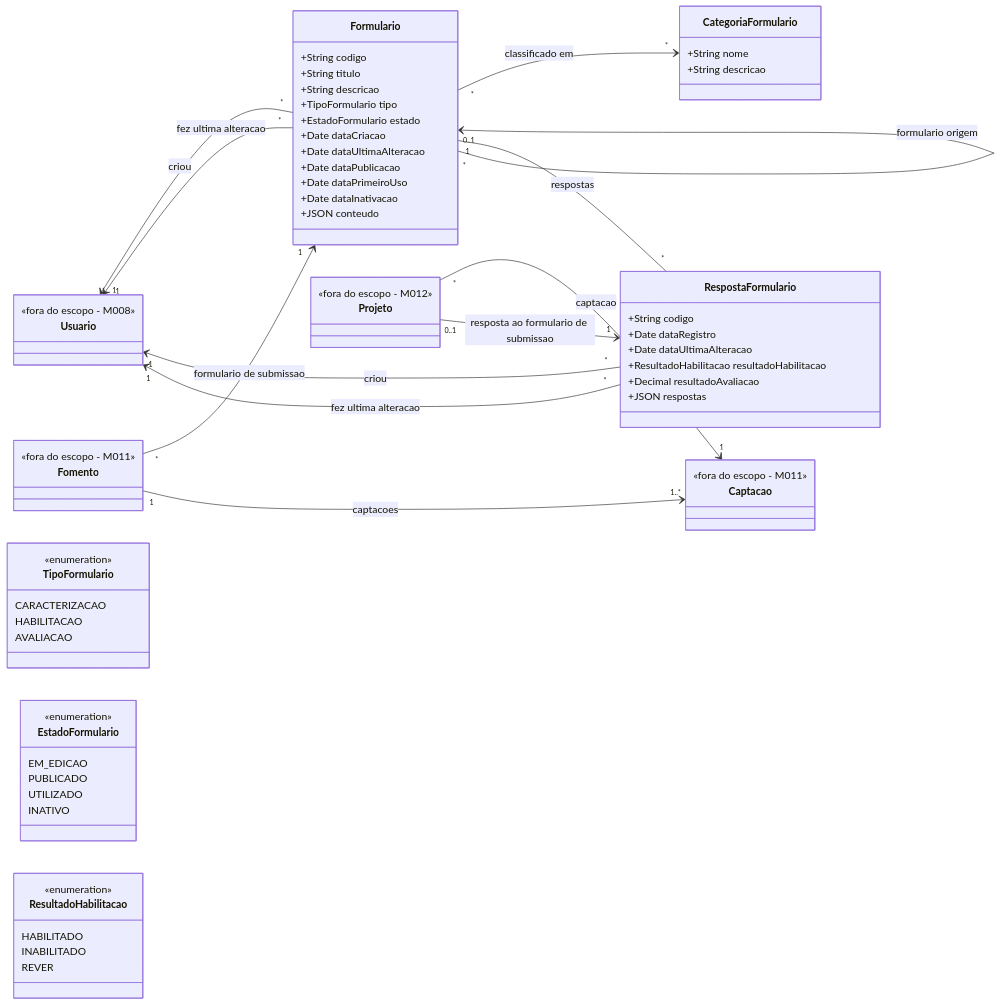
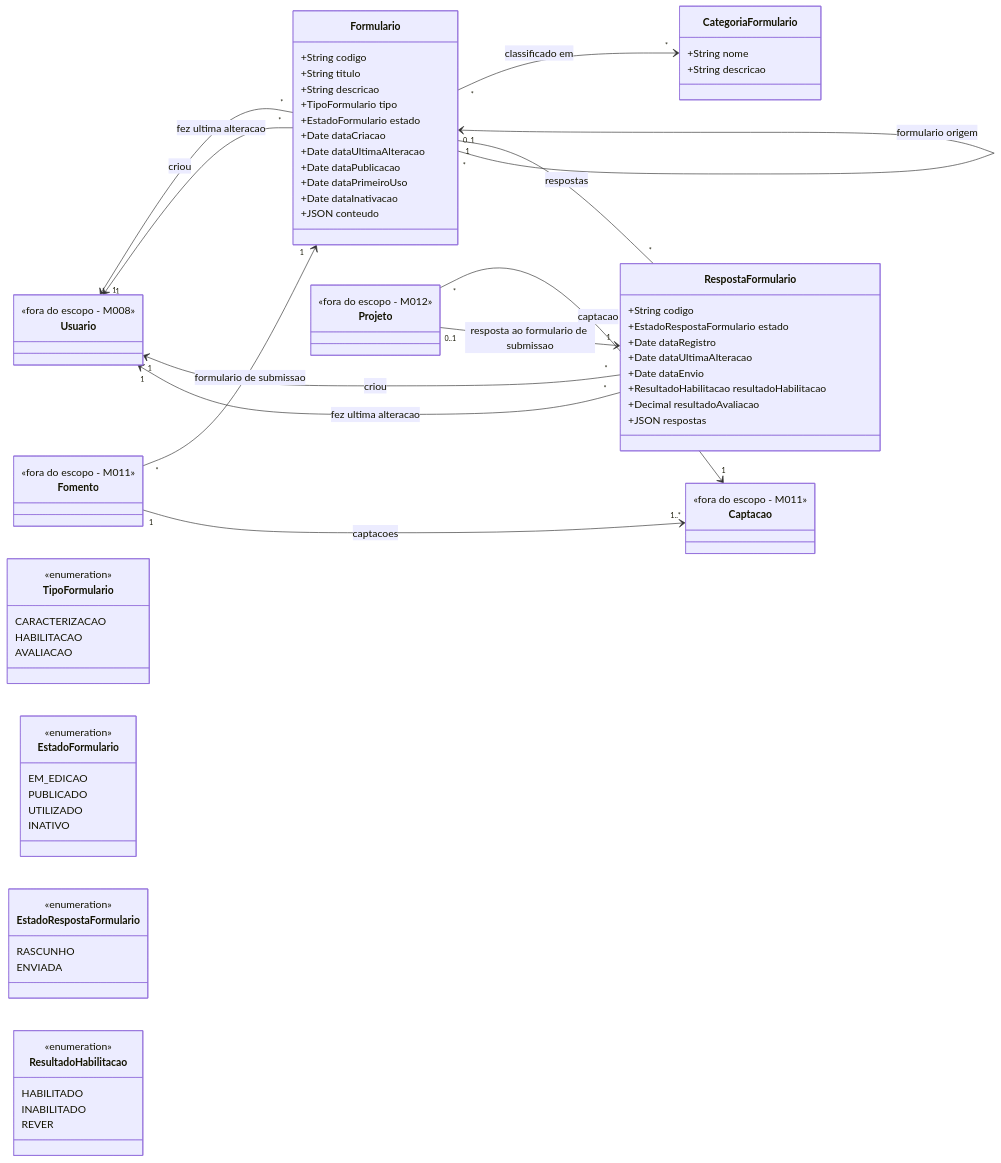
One commit to Czzped/conecta-fapes-teste changed the second of 2 diagrams in docs/implementation/modules/M021-gestao-formularios/modelo-estrutural.md. Above: the diagram before and after it, drawn with Mermaid. The commit also changed other lines of this file and 13 other files, not shown here.

```diff
--- a/docs/implementation/modules/M021-gestao-formularios/modelo-estrutural.md
+++ b/docs/implementation/modules/M021-gestao-formularios/modelo-estrutural.md
@@ -215,8 +229,10 @@
 
     class RespostaFormulario {
         +String codigo
+        +EstadoRespostaFormulario estado
         +Date dataRegistro
         +Date dataUltimaAlteracao
+        +Date dataEnvio
         +ResultadoHabilitacao resultadoHabilitacao
         +Decimal resultadoAvaliacao
         +JSON respostas
@@ -253,6 +269,12 @@
         INATIVO
     }
 
+    class EstadoRespostaFormulario {
+        <<enumeration>>
+        RASCUNHO
+        ENVIADA
+    }
+
     class ResultadoHabilitacao {
         <<enumeration>>
         HABILITADO
```
